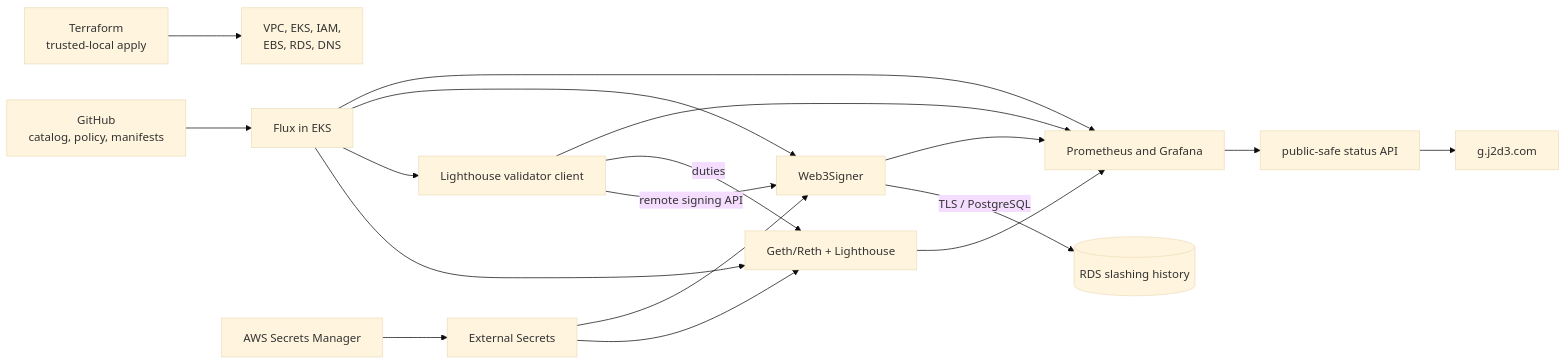
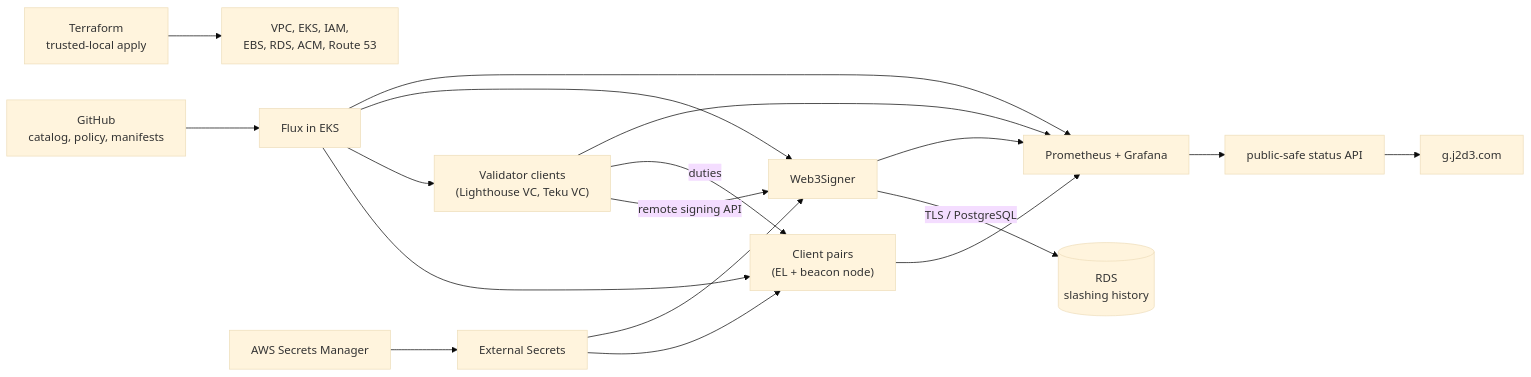
One commit to j2d3/eth-validator-platform changed the diagram in README.md. Above: the diagram before and after it, drawn with Mermaid (base theme). The commit also changed other lines of this file and 24 other files, not shown here.

````diff
--- a/README.md
+++ b/README.md
@@ -68,22 +66,22 @@
 ```mermaid
 flowchart LR
     GitHub["GitHub<br/>catalog, policy, manifests"] --> Flux["Flux in EKS"]
-    Terraform["Terraform<br/>trusted-local apply"] --> AWS["VPC, EKS, IAM,<br/>EBS, RDS, DNS"]
+    Terraform["Terraform<br/>trusted-local apply"] --> AWS["VPC, EKS, IAM,<br/>EBS, RDS, ACM, Route 53"]
 
-    Flux --> Pairs["Geth/Reth + Lighthouse"]
-    Flux --> Validator["Lighthouse validator client"]
+    Flux --> Pairs["Client pairs<br/>(EL + beacon node)"]
+    Flux --> Validator["Validator clients<br/>(Lighthouse VC, Teku VC)"]
     Flux --> Signer["Web3Signer"]
-    Flux --> Metrics["Prometheus and Grafana"]
+    Flux --> Metrics["Prometheus + Grafana"]
 
     Secrets["AWS Secrets Manager"] --> ESO["External Secrets"]
     ESO --> Pairs
     ESO --> Signer
     Validator -->|"remote signing API"| Signer
     Validator -->|"duties"| Pairs
-    Signer -->|"TLS / PostgreSQL"| RDS[("RDS slashing history")]
+    Signer -->|"TLS / PostgreSQL"| RDS[("RDS<br/>slashing history")]
     Pairs --> Metrics
     Validator --> Metrics
     Signer --> Metrics
     Metrics --> Status["public-safe status API"]
     Status --> Portal["g.j2d3.com"]
 ```
````
